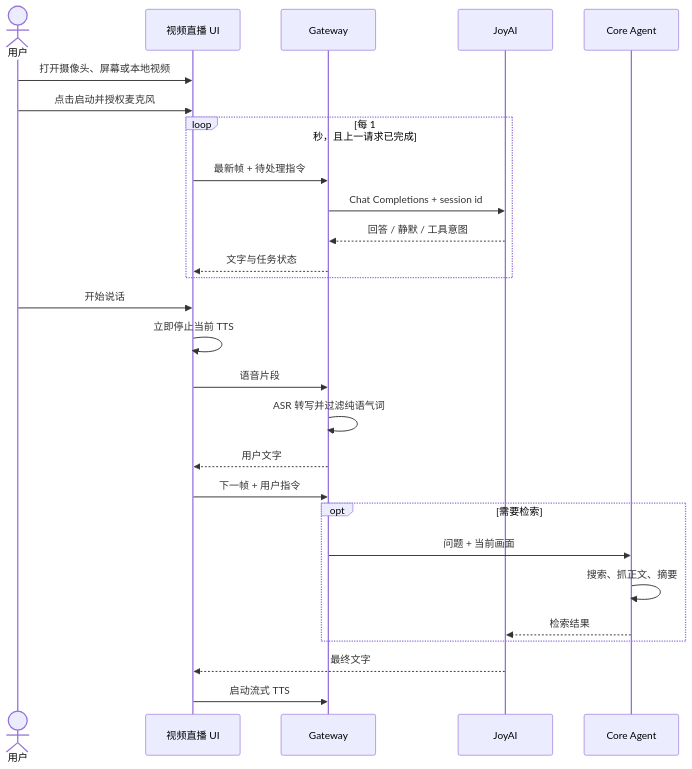
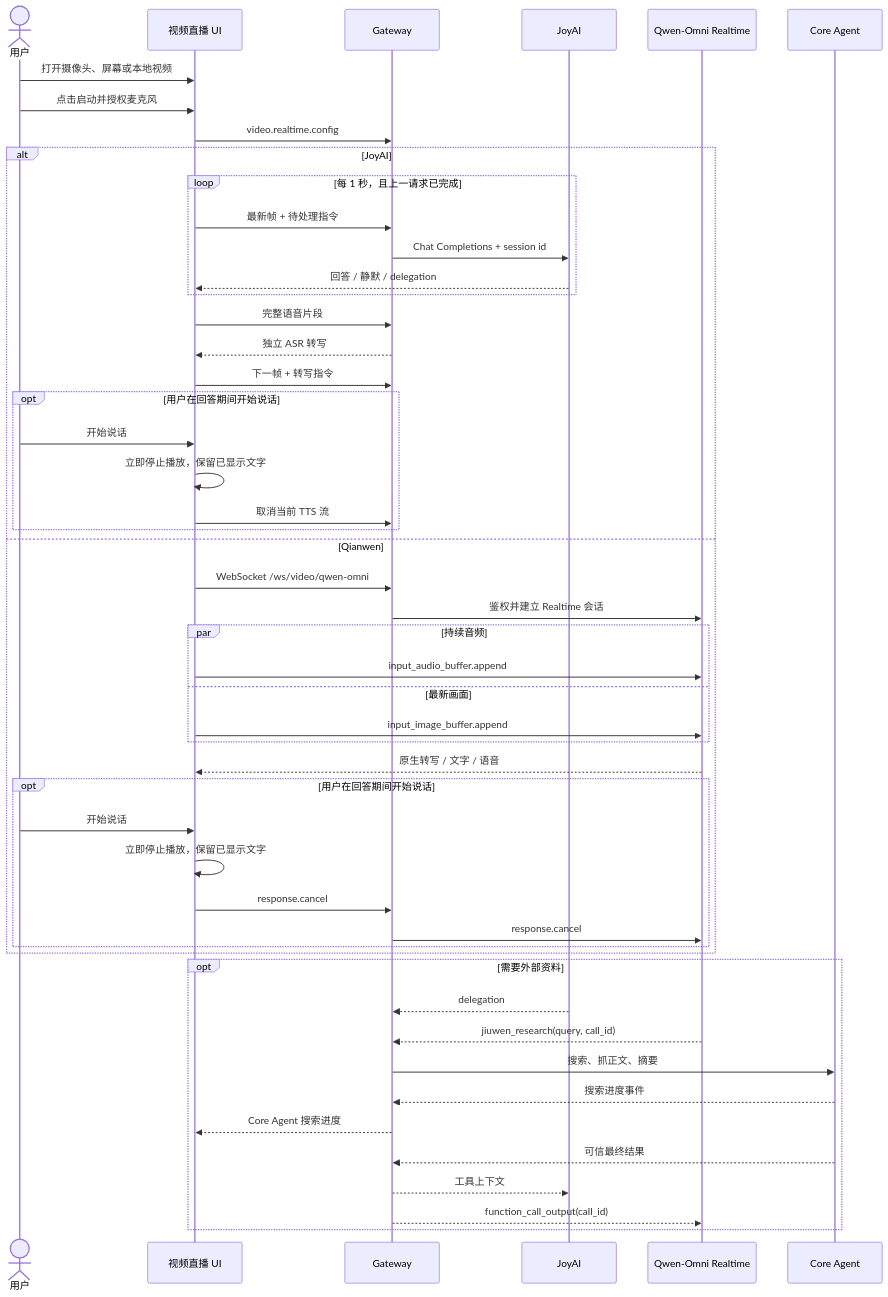
The fourth of 9 diagrams in docs/zh/视频直播.md (openJiuwen-ai/jiuwenclaw), drawn with Mermaid before and after one commit. The commit also changed other lines of this file and 30 other files, not shown here.

Commit message:
feat(video): add Qwen realtime and split provider pipelines

````diff
--- a/docs/zh/视频直播.md
+++ b/docs/zh/视频直播.md
@@ -223,30 +253,53 @@
 ```mermaid
 sequenceDiagram
     actor User as 用户
     participant UI as 视频直播 UI
     participant GW as Gateway
     participant J as JoyAI
+    participant Q as Qwen-Omni Realtime
     participant A as Core Agent
 
     User->>UI: 打开摄像头、屏幕或本地视频
     User->>UI: 点击启动并授权麦克风
-    loop 每 1 秒，且上一请求已完成
-        UI->>GW: 最新帧 + 待处理指令
-        GW->>J: Chat Completions + session id
-        J-->>GW: 回答 / 静默 / 工具意图
-        GW-->>UI: 文字与任务状态
+    UI->>GW: video.realtime.config
+    alt JoyAI
+        loop 每 1 秒，且上一请求已完成
+            UI->>GW: 最新帧 + 待处理指令
+            GW->>J: Chat Completions + session id
+            J-->>UI: 回答 / 静默 / delegation
+        end
+        UI->>GW: 完整语音片段
+        GW-->>UI: 独立 ASR 转写
+        UI->>GW: 下一帧 + 转写指令
+        opt 用户在回答期间开始说话
+            User->>UI: 开始说话
+            UI->>UI: 立即停止播放，保留已显示文字
+            UI->>GW: 取消当前 TTS 流
+        end
+    else Qianwen
+        UI->>GW: WebSocket /ws/video/qwen-omni
+        GW->>Q: 鉴权并建立 Realtime 会话
+        par 持续音频
+            UI->>Q: input_audio_buffer.append
+        and 最新画面
+            UI->>Q: input_image_buffer.append
+        end
+        Q-->>UI: 原生转写 / 文字 / 语音
+        opt 用户在回答期间开始说话
+            User->>UI: 开始说话
+            UI->>UI: 立即停止播放，保留已显示文字
+            UI->>GW: response.cancel
+            GW->>Q: response.cancel
+        end
     end
-    User->>UI: 开始说话
-    UI->>UI: 立即停止当前 TTS
-    UI->>GW: 语音片段
-    GW->>GW: ASR 转写并过滤纯语气词
-    GW-->>UI: 用户文字
-    UI->>GW: 下一帧 + 用户指令
-    opt 需要检索
-        GW->>A: 问题 + 当前画面
-        A->>A: 搜索、抓正文、摘要
-        A-->>J: 检索结果
+    opt 需要外部资料
+        J-->>GW: delegation
+        Q-->>GW: jiuwen_research(query, call_id)
+        GW->>A: 搜索、抓正文、摘要
+        A-->>GW: 搜索进度事件
+        GW-->>UI: Core Agent 搜索进度
+        A-->>GW: 可信最终结果
+        GW-->>J: 工具上下文
+        GW-->>Q: function_call_output(call_id)
     end
-    J-->>UI: 最终文字
-    UI->>GW: 启动流式 TTS
 ```
````
